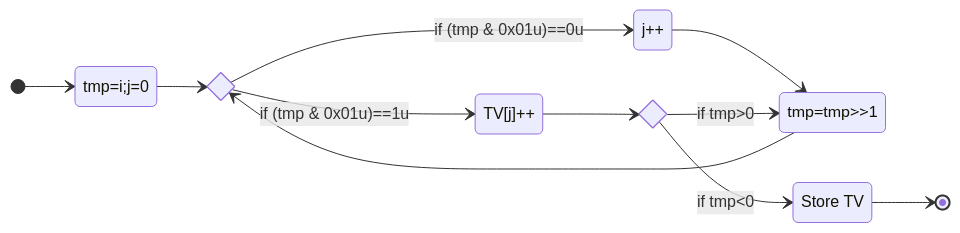
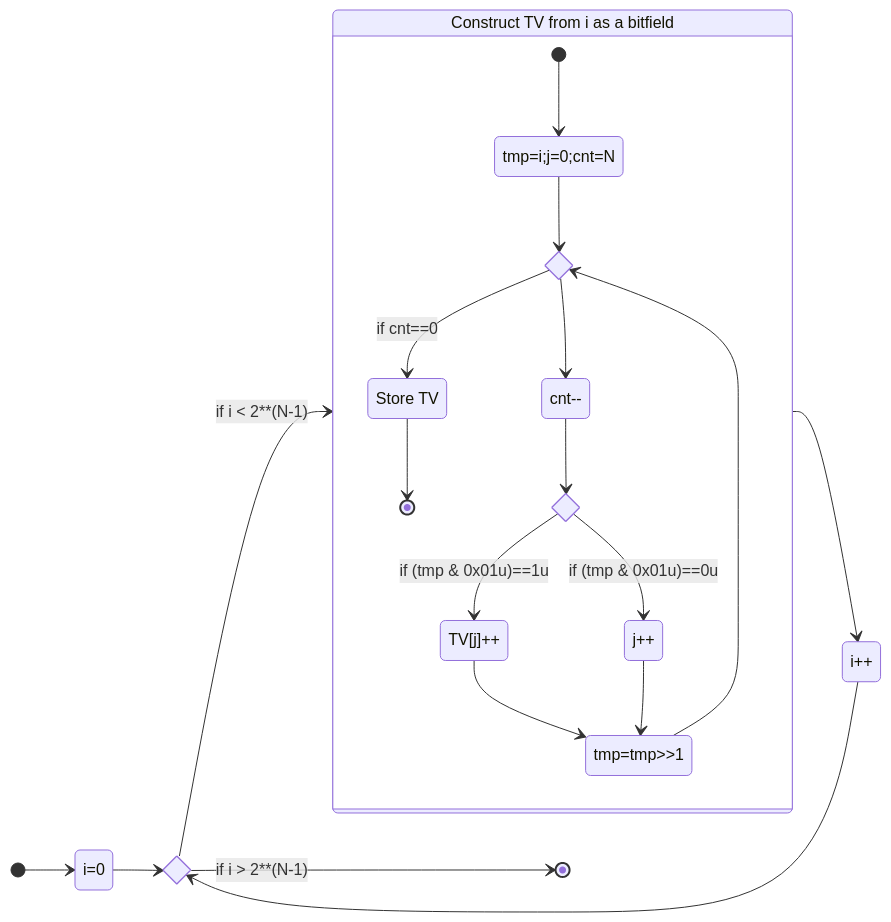
The first of 2 diagrams in content/slides/comp_talk.md (Joecstarr/joe-starr.com), drawn with Mermaid before and after one commit. The commit also changed other lines of this file and 8 other files, not shown here.

````diff
--- a/content/slides/comp_talk.md
+++ b/content/slides/comp_talk.md
@@ -601,24 +589,39 @@
 ```mermaid
 stateDiagram-v2
     direction LR
 
-        state "tmp=i;j=0" as State_temp
+    state if_done <<choice>>
+    State_i: i=0
+    State_ipp: i++
+    state "Construct TV from i as a bitfield" as tv_calc{
+        state "tmp=i;j=0;cnt=N" as State_temp
         State_jpp: j++
+        State_cntmm: cnt--
         State_sum_tv: TV[j]++
         State_rsh: tmp=tmp>>1
         state if_lsb <<choice>>
-        state if_teo <<choice>>
+        state if_cnteo <<choice>>
         State_store_tv: Store TV
 
         [*] --> State_temp
-        State_temp --> if_lsb
+        State_temp --> if_cnteo
+        if_cnteo--> State_cntmm
+        if_cnteo--> State_store_tv: if cnt==0
+        State_store_tv --> [*]
+
+        State_cntmm -->if_lsb
         if_lsb -->State_sum_tv: if (tmp & 0x01u)==1u
-        State_sum_tv --> if_teo
+        State_sum_tv --> State_rsh
         if_lsb -->State_jpp: if (tmp & 0x01u)==0u
         State_jpp --> State_rsh
-        if_teo--> State_rsh: if tmp>0
-        State_rsh -->if_lsb
-        if_teo--> State_store_tv: if tmp<0
-        State_store_tv --> [*]
+        State_rsh --> if_cnteo
+    }
+    [*] --> State_i
+    State_i --> if_done
+    if_done --> tv_calc: if i < 2**(N-1)
+    tv_calc --> State_ipp
+    State_ipp --> if_done
+    if_done --> [*]: if i > 2**(N-1)
+
 
 ```
````
